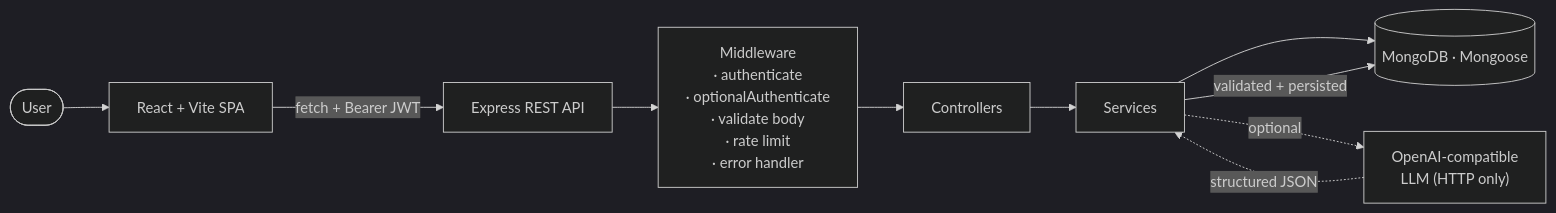
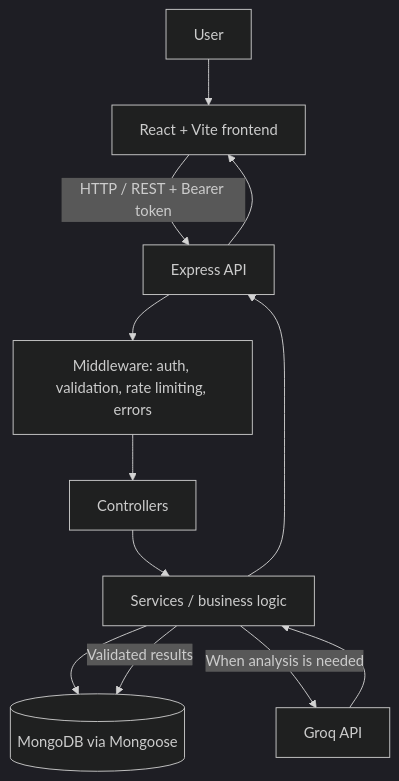
One commit to Shashank07k/EcoSearch changed the diagram in README.md. Above: the diagram before and after it, drawn with Mermaid (dark theme). The commit also changed other lines of this file, not shown here.

````diff
--- a/README.md
+++ b/README.md
@@ -106,12 +33,14 @@
 ```mermaid
-flowchart LR
-  U([User]) --> R[React + Vite SPA]
-  R -->|fetch + Bearer JWT| E[Express REST API]
-  E --> MW["Middleware<br/>· authenticate<br/>· optionalAuthenticate<br/>· validate body<br/>· rate limit<br/>· error handler"]
-  MW --> CTRL[Controllers]
-  CTRL --> SVC[Services]
-  SVC --> DB[(MongoDB · Mongoose)]
-  SVC -.optional.-> AI["OpenAI-compatible<br/>LLM (HTTP only)"]
-  AI -.structured JSON.-> SVC
-  SVC -->|validated + persisted| DB
+flowchart TD
+    U[User] --> FE[React + Vite frontend]
+    FE -->|HTTP / REST + Bearer token| API[Express API]
+    API --> MW[Middleware: auth, validation, rate limiting, errors]
+    MW --> C[Controllers]
+    C --> S[Services / business logic]
+    S --> DB[(MongoDB via Mongoose)]
+    S -->|When analysis is needed| AI[Groq API]
+    AI --> S
+    S -->|Validated results| DB
+    S --> API
+    API --> FE
 ```
````
